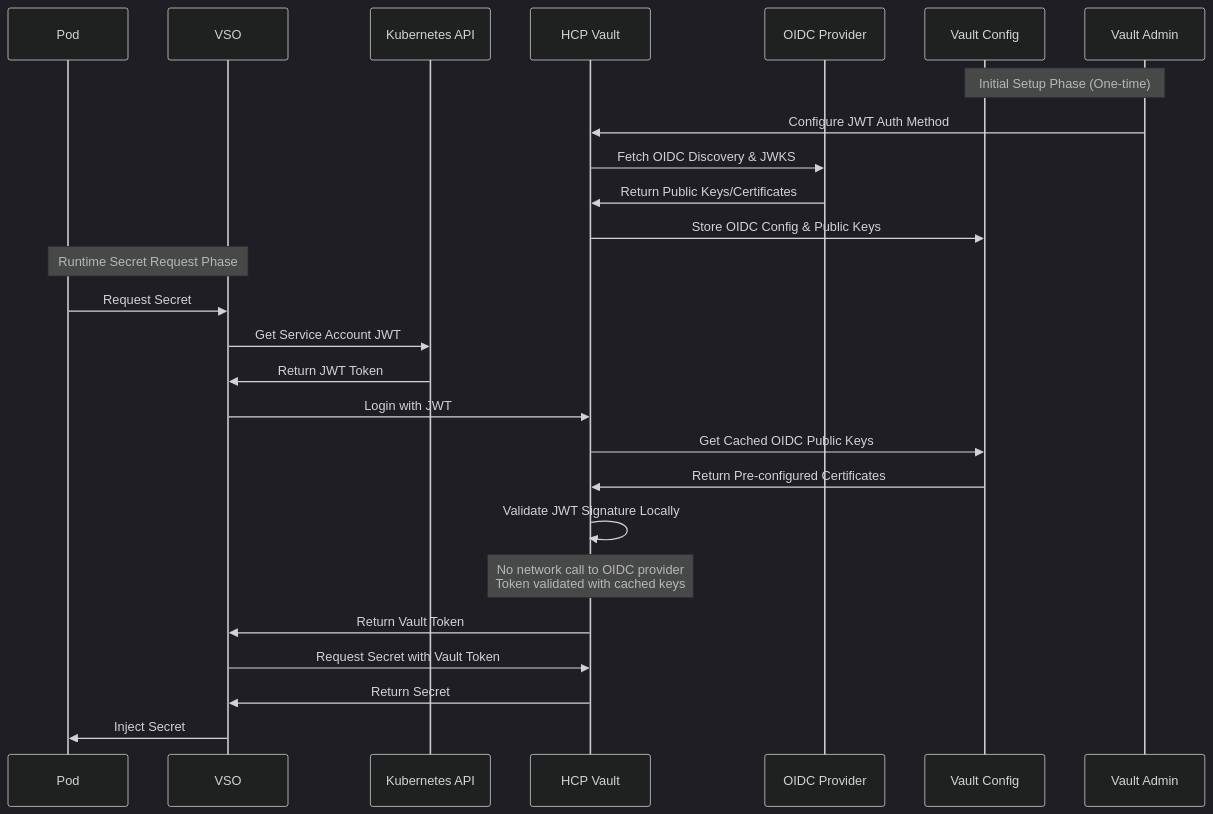
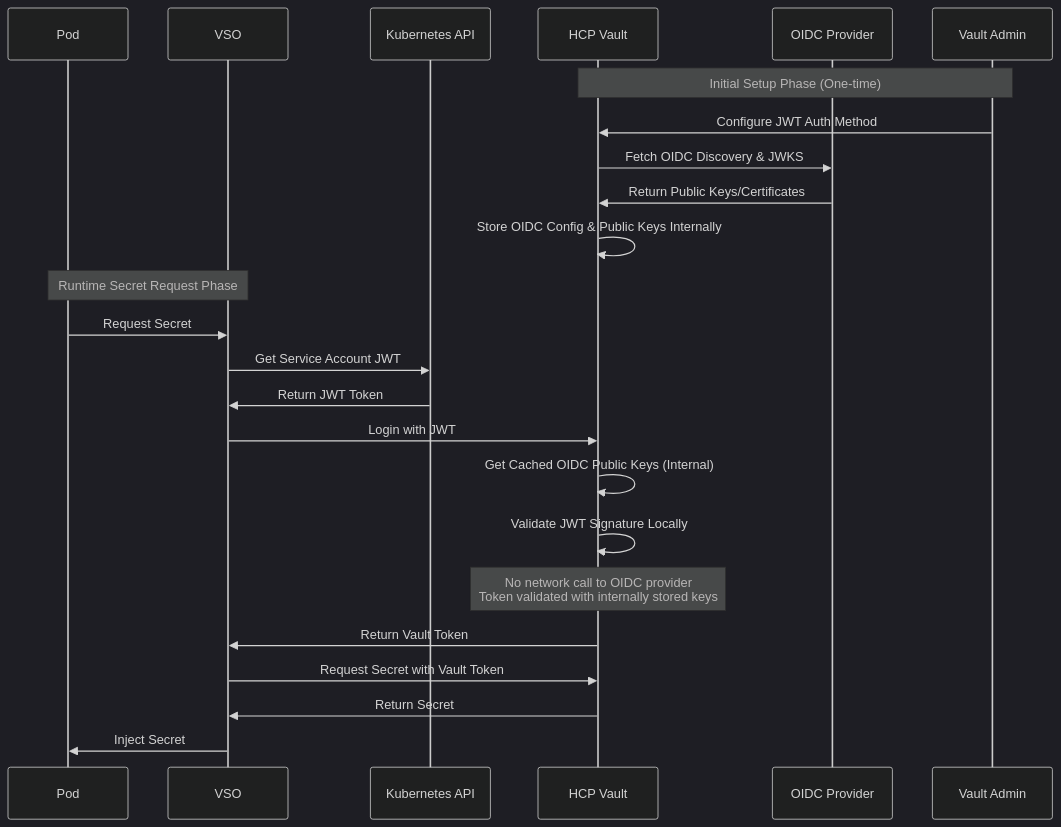
The fourth of 4 diagrams in docs/kubernetes-integration-guide.md (ucbabu/hcp-vault), drawn with Mermaid (dark theme) before and after one commit.

Commit message:
fix jwt auth

````diff
--- a/docs/kubernetes-integration-guide.md
+++ b/docs/kubernetes-integration-guide.md
@@ -135,30 +135,28 @@
 ```mermaid
 sequenceDiagram
     participant Pod
     participant VSO
     participant K8sAPI as Kubernetes API
     participant Vault as HCP Vault
     participant OIDC as OIDC Provider
-    participant Cache as Vault Config
     participant Admin as Vault Admin
     
-    Note over Admin,Cache: Initial Setup Phase (One-time)
+    Note over Admin,Vault: Initial Setup Phase (One-time)
     Admin->>Vault: Configure JWT Auth Method
     Vault->>OIDC: Fetch OIDC Discovery & JWKS
     OIDC->>Vault: Return Public Keys/Certificates
-    Vault->>Cache: Store OIDC Config & Public Keys
+    Vault->>Vault: Store OIDC Config & Public Keys Internally
     
     Note over Pod,VSO: Runtime Secret Request Phase
     Pod->>VSO: Request Secret
     VSO->>K8sAPI: Get Service Account JWT
     K8sAPI->>VSO: Return JWT Token
     VSO->>Vault: Login with JWT
-    Vault->>Cache: Get Cached OIDC Public Keys
-    Cache->>Vault: Return Pre-configured Certificates
+    Vault->>Vault: Get Cached OIDC Public Keys (Internal)
     Vault->>Vault: Validate JWT Signature Locally
-    Note over Vault: No network call to OIDC provider<br/>Token validated with cached keys
+    Note over Vault: No network call to OIDC provider<br/>Token validated with internally stored keys
     Vault->>VSO: Return Vault Token
     VSO->>Vault: Request Secret with Vault Token
     Vault->>VSO: Return Secret
     VSO->>Pod: Inject Secret
 ```
````
